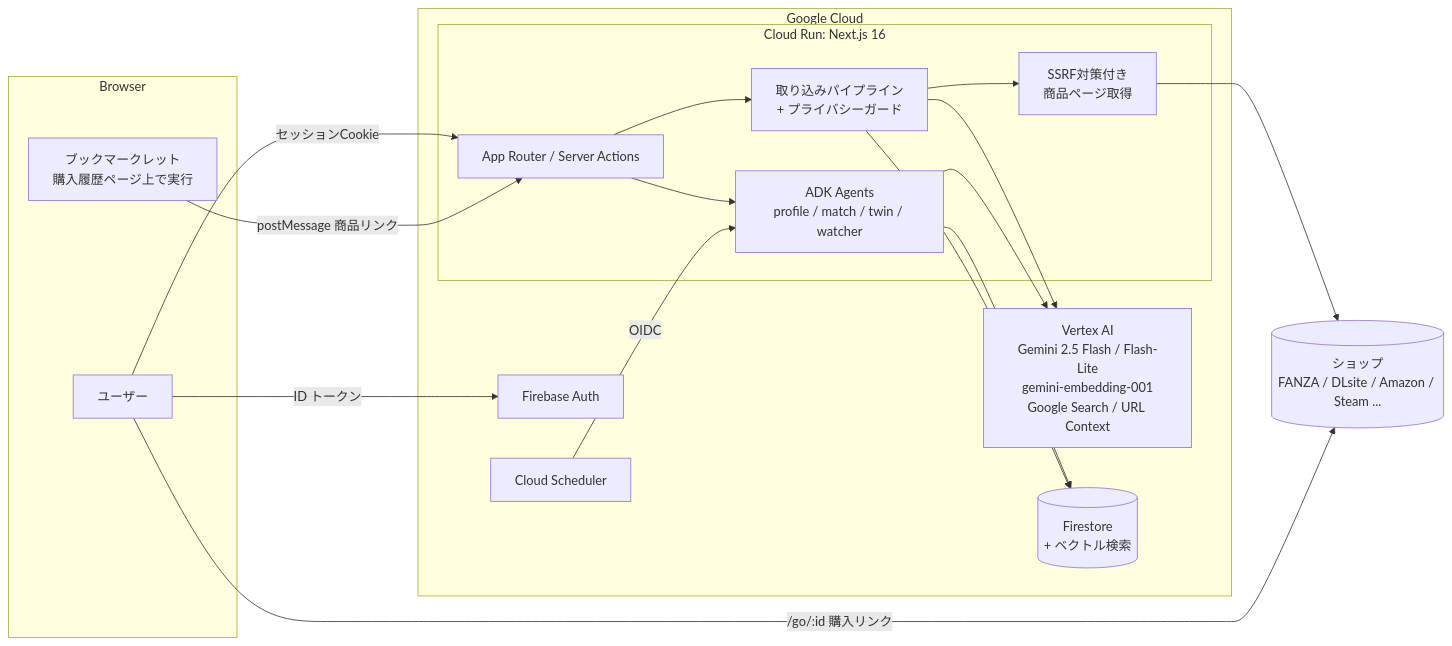
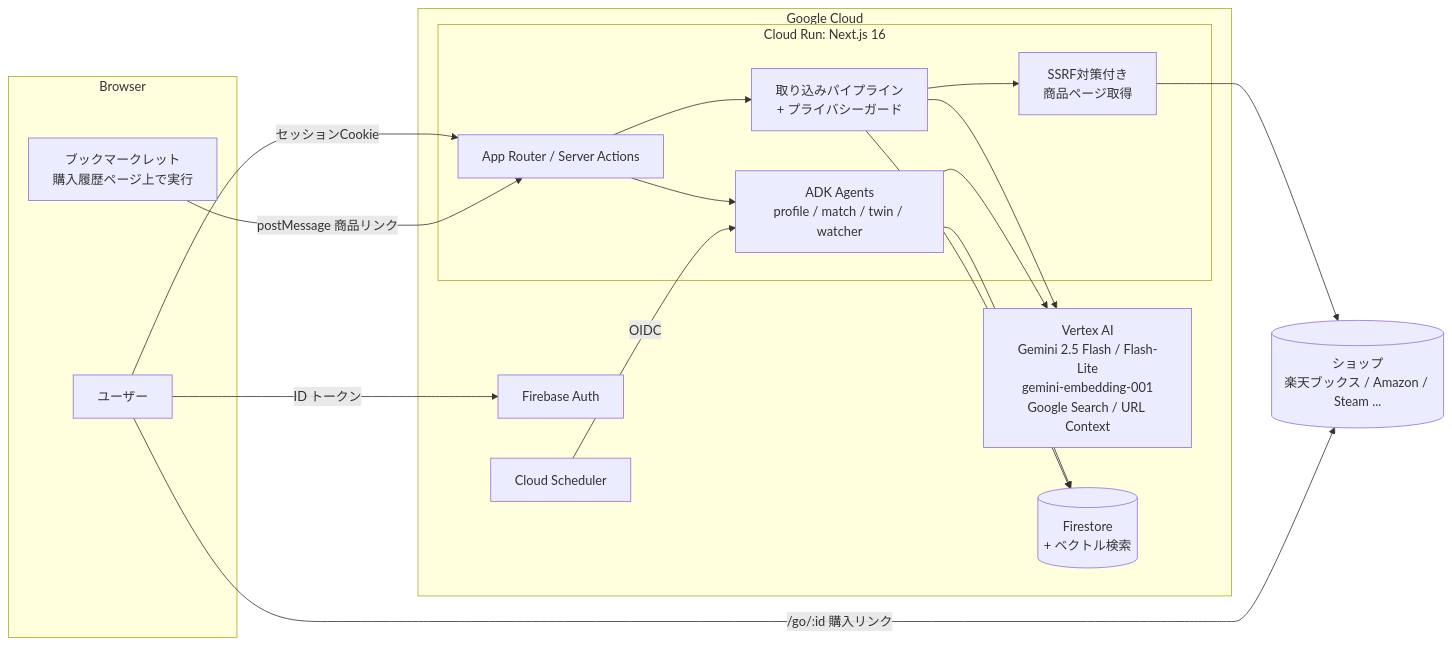
One commit to ShinHaya/oshishelf changed the diagram in README.md. Above: the diagram before and after it, drawn with Mermaid. The commit also changed other lines of this file and 11 other files, not shown here.

````diff
--- a/README.md
+++ b/README.md
@@ -41,31 +41,31 @@
 ```mermaid
 flowchart LR
   subgraph Browser
     U[ユーザー]
     BM[ブックマークレット<br/>購入履歴ページ上で実行]
   end
   subgraph GoogleCloud[Google Cloud]
     subgraph CR[Cloud Run: Next.js 16]
       UI[App Router / Server Actions]
       AG[ADK Agents<br/>profile / match / twin / watcher]
       PL[取り込みパイプライン<br/>+ プライバシーガード]
       SF[SSRF対策付き<br/>商品ページ取得]
     end
     VA[Vertex AI<br/>Gemini 2.5 Flash / Flash-Lite<br/>gemini-embedding-001<br/>Google Search / URL Context]
     FS[(Firestore<br/>+ ベクトル検索)]
     FA[Firebase Auth]
     SCH[Cloud Scheduler]
   end
-  SHOP[(ショップ<br/>FANZA / DLsite / Amazon / Steam ...)]
+  SHOP[(ショップ<br/>楽天ブックス / Amazon / Steam ...)]
 
   U -->|セッションCookie| UI
   BM -->|postMessage 商品リンク| UI
   U -->|ID トークン| FA
   UI --> PL --> VA
   UI --> AG --> VA
   PL --> SF --> SHOP
   AG --> FS
   PL --> FS
   SCH -->|OIDC| AG
   U -->|/go/:id 購入リンク| SHOP
 ```
````
